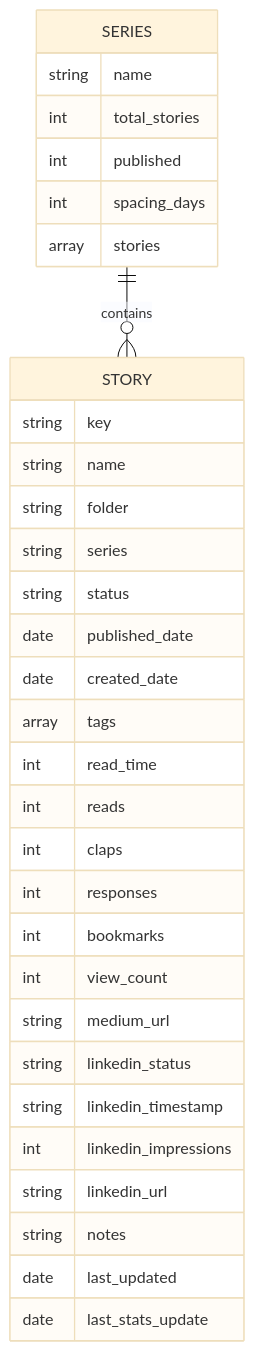
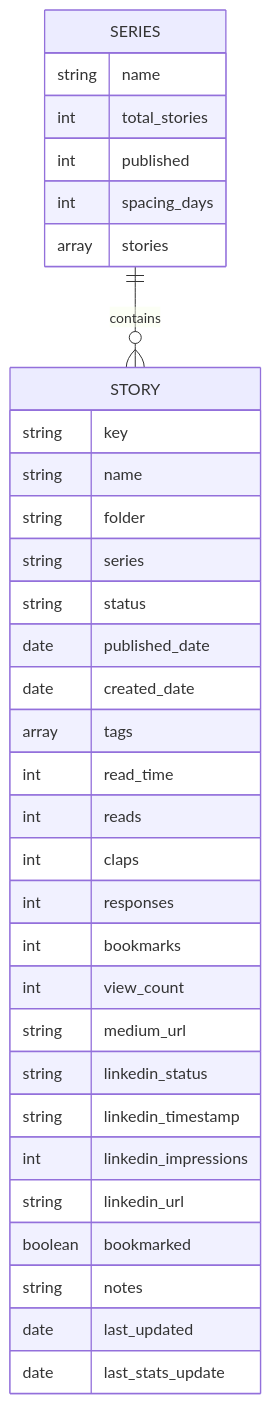
One commit to mvineetsharma79/Medium-Story-Manger changed the tenth of 11 diagrams in README.md. Above: the diagram before and after it, drawn with Mermaid. The commit also changed other lines of this file and 5 other files, not shown here.

````diff
--- a/README.md
+++ b/README.md
@@ -653,40 +492,36 @@
 ```mermaid
----
-config:
-  theme: base
-  layout: elk
----
 erDiagram
     SERIES ||--o{ STORY : contains
     SERIES {
         string name
         int total_stories
         int published
         int spacing_days
         array stories
     }
     STORY {
         string key
         string name
         string folder
         string series
         string status
         date published_date
         date created_date
         array tags
         int read_time
         int reads
         int claps
         int responses
         int bookmarks
         int view_count
         string medium_url
         string linkedin_status
         string linkedin_timestamp
         int linkedin_impressions
         string linkedin_url
+        boolean bookmarked
         string notes
         date last_updated
         date last_stats_update
     }
 ```
````
